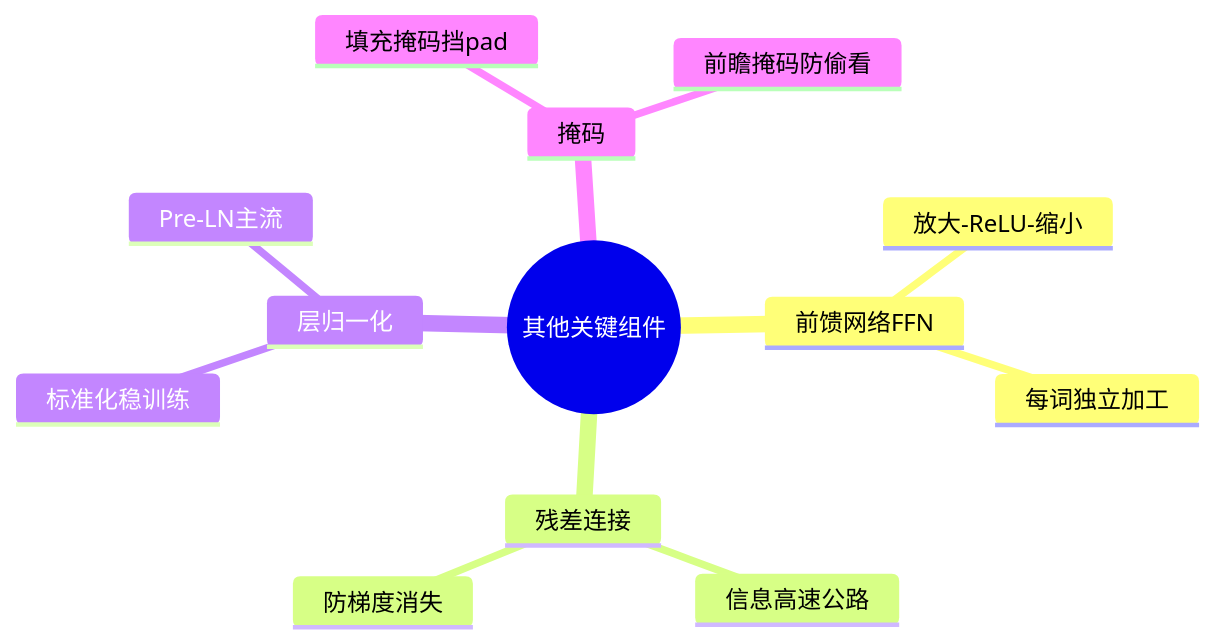
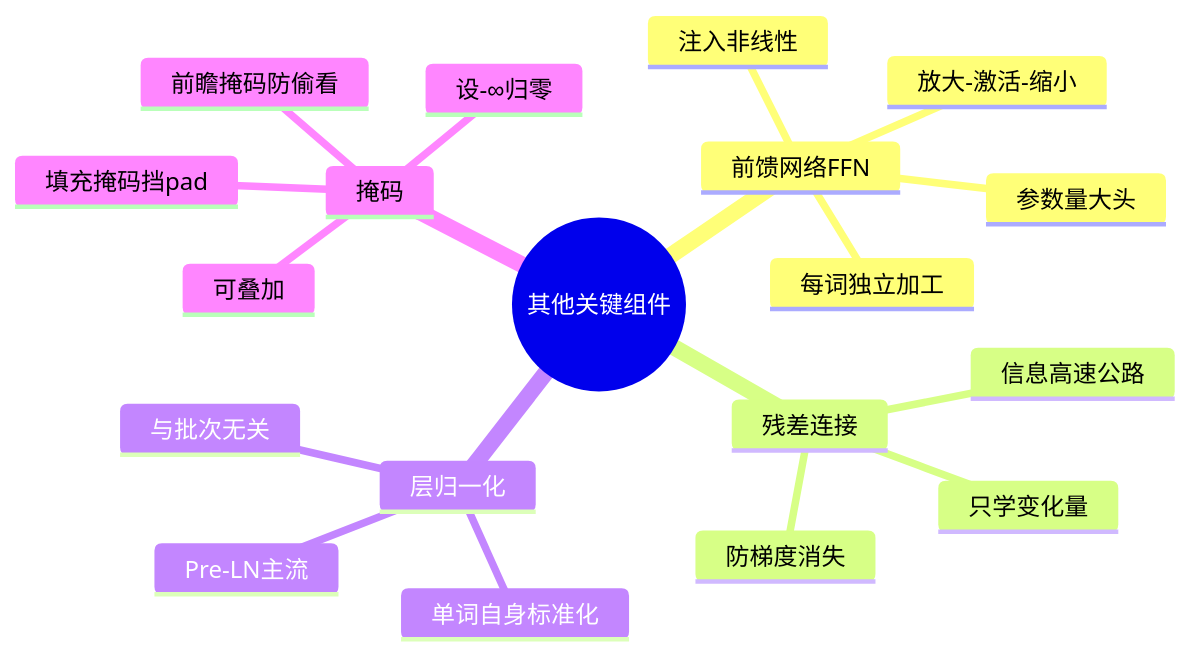
One commit to zerioo1970/summary changed diagram 12 of 12 in transformer-学习资料/第06章-其他关键组件.md. Above: the diagram before and after it, drawn with Mermaid. The commit also changed other lines of this file and 4 other files, not shown here.

Commit message:
大幅扩写第3-7章:新增数值手算/深入原理/更多图解/FAQ/可视化代码

````diff
--- a/transformer-学习资料/第06章-其他关键组件.md
+++ b/transformer-学习资料/第06章-其他关键组件.md
@@ -198,16 +379,22 @@
 ```mermaid
 mindmap
   root((其他关键组件))
     前馈网络FFN
-      放大-ReLU-缩小
+      放大-激活-缩小
+      注入非线性
       每词独立加工
+      参数量大头
     残差连接
       信息高速公路
+      只学变化量
       防梯度消失
     层归一化
-      标准化稳训练
+      单词自身标准化
+      与批次无关
       Pre-LN主流
     掩码
       填充掩码挡pad
       前瞻掩码防偷看
+      设-∞归零
+      可叠加
 ```
````
